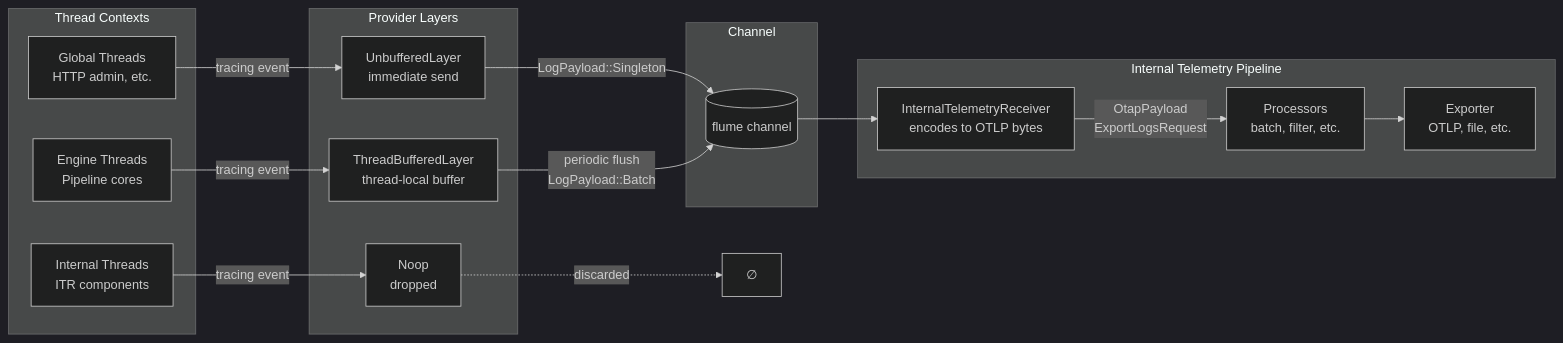
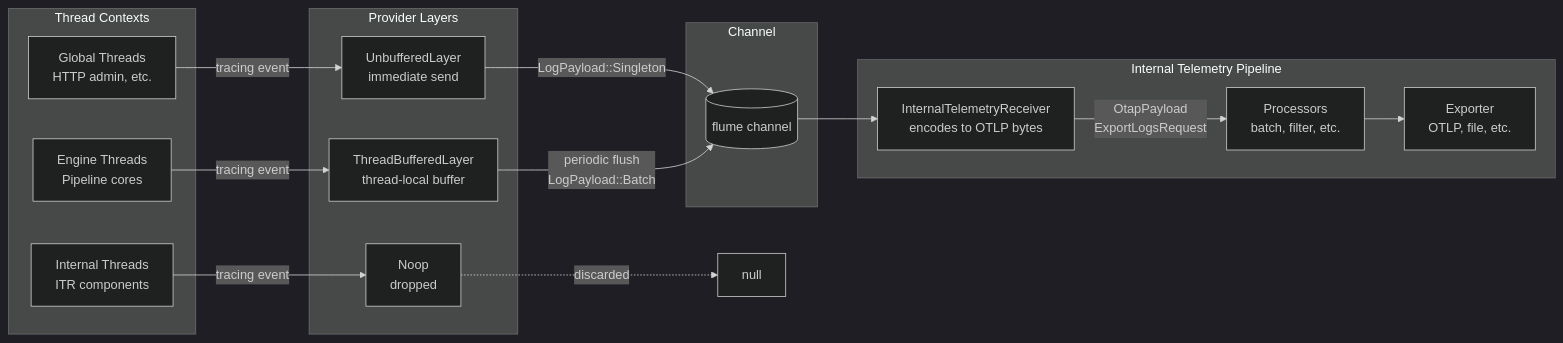
One commit to open-telemetry/otel-arrow changed the second of 2 diagrams in rust/otap-dataflow/docs/self_tracing_architecture.md. Above: the diagram before and after it, drawn with Mermaid (dark theme). The commit also changed other lines of this file, not shown here.

Commit message:
no ascii

````diff
--- a/rust/otap-dataflow/docs/self_tracing_architecture.md
+++ b/rust/otap-dataflow/docs/self_tracing_architecture.md
@@ -217,36 +217,36 @@
 ```mermaid
 flowchart LR
     subgraph "Thread Contexts"
         G[Global Threads<br/>HTTP admin, etc.]
         E[Engine Threads<br/>Pipeline cores]
         I[Internal Threads<br/>ITR components]
     end
 
     subgraph "Provider Layers"
         UL[UnbufferedLayer<br/>immediate send]
         BL[ThreadBufferedLayer<br/>thread-local buffer]
         NL[Noop<br/>dropped]
     end
 
     subgraph "Channel"
         CH[(flume channel)]
     end
 
     subgraph "Internal Telemetry Pipeline"
         ITR[InternalTelemetryReceiver<br/>encodes to OTLP bytes]
         PROC[Processors<br/>batch, filter, etc.]
         EXP[Exporter<br/>OTLP, file, etc.]
     end
 
     G -->|tracing event| UL
     E -->|tracing event| BL
     I -->|tracing event| NL
 
     UL -->|LogPayload::Singleton| CH
     BL -->|periodic flush<br/>LogPayload::Batch| CH
-    NL -.->|discarded| X[∅]
+    NL -.->|discarded| X[null]
 
     CH --> ITR
     ITR -->|OtapPayload<br/>ExportLogsRequest| PROC
     PROC --> EXP
 ```
````
